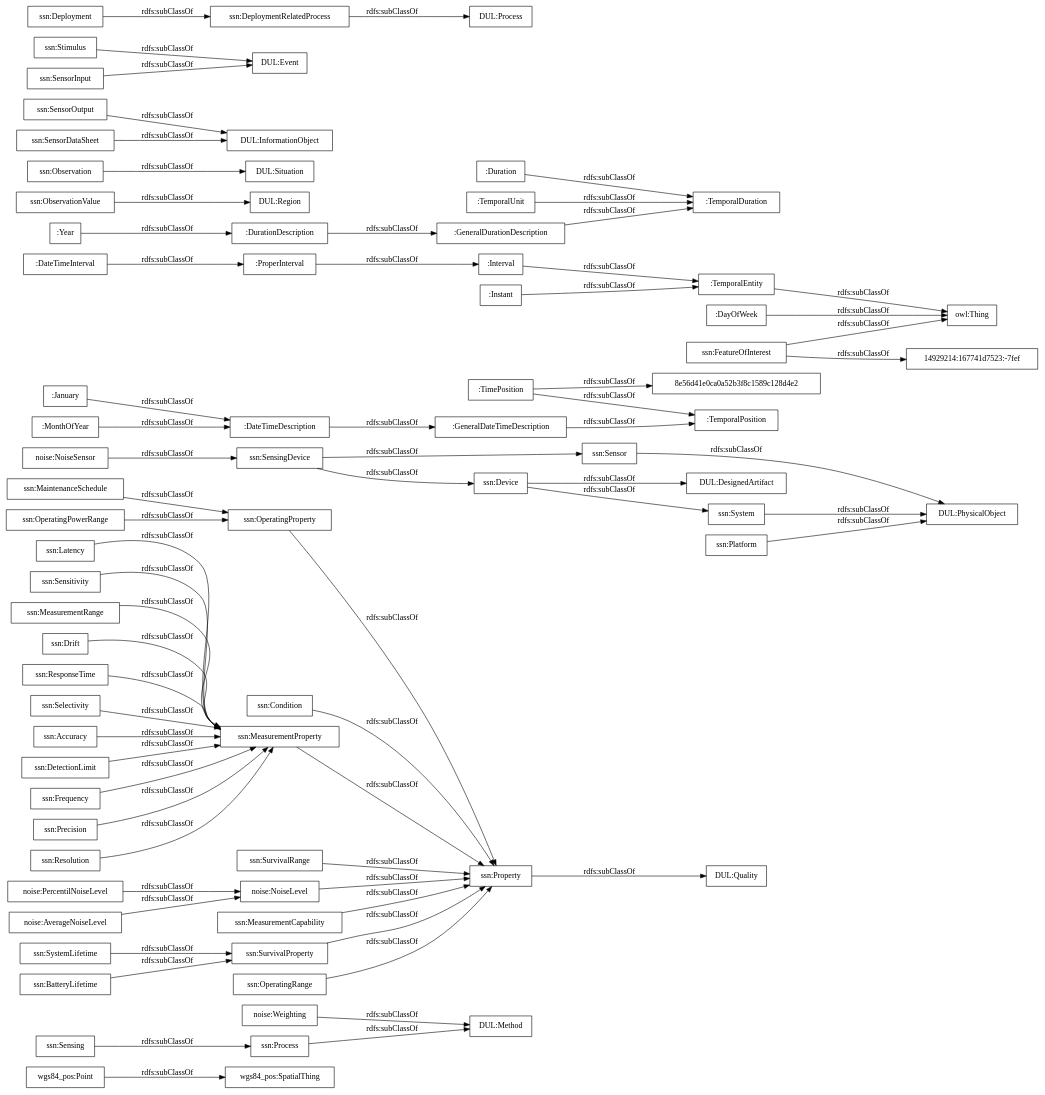
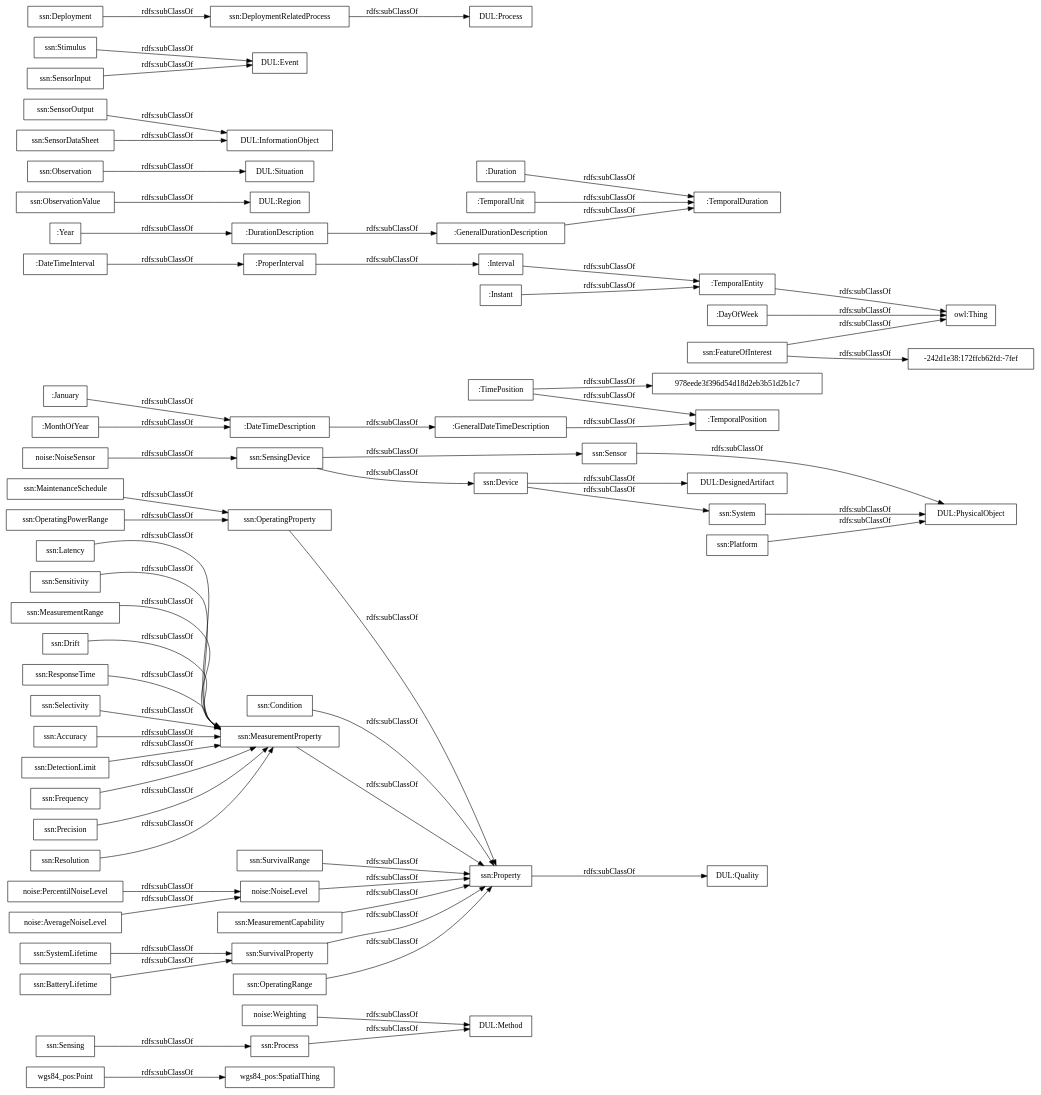
The diagram in OnToology/contaminacion-acustica.owl/diagrams/ar2dtool-taxonomy/contaminacion-acustica.owl.png.dot (opencitydata/vocab-medio-ambiente-contaminacion-acustica), drawn with Graphviz before and after one commit. The commit also changed 33 other files, not shown here.

```diff
--- a/OnToology/contaminacion-acustica.owl/diagrams/ar2dtool-taxonomy/contaminacion-acustica.owl.png.dot
+++ b/OnToology/contaminacion-acustica.owl/diagrams/ar2dtool-taxonomy/contaminacion-acustica.owl.png.dot
@@ -1,71 +1,71 @@
 digraph ar2dtool_diagram { 
 rankdir=LR;
 size="1000"
-node [shape = rectangle, color="black"]; "wgs84_pos:SpatialThing" "wgs84_pos:Point" "noise:Weighting" "noise:PercentilNoiseLevel" "noise:NoiseSensor" "noise:NoiseLevel" "noise:AverageNoiseLevel" ":GeneralDateTimeDescription" ":DateTimeInterval" ":DurationDescription" ":TemporalDuration" ":Duration" ":GeneralDurationDescription" ":January" ":ProperInterval" ":TimePosition" ":TemporalPosition" ":Interval" ":TemporalEntity" ":Year" "8e56d41e0ca0a52b3f8c1589c128d4e2" ":MonthOfYear" ":DateTimeDescription" ":TemporalUnit" ":Instant" ":DayOfWeek" "ssn:Accuracy" "ssn:DetectionLimit" "ssn:Frequency" "ssn:Condition" "DUL:Region" "DUL:Situation" "DUL:PhysicalObject" "ssn:SensorOutput" "ssn:Precision" "ssn:Resolution" "DUL:Quality" "ssn:FeatureOfInterest" "ssn:Sensor" "DUL:InformationObject" "ssn:OperatingProperty" "DUL:Event" "ssn:OperatingPowerRange" "DUL:Method" "ssn:MaintenanceSchedule" "ssn:Sensing" "ssn:Latency" "ssn:SurvivalRange" "ssn:SensingDevice" "DUL:DesignedArtifact" "ssn:Sensitivity" "ssn:Stimulus" "DUL:Process" "ssn:MeasurementRange" "ssn:System" "ssn:SystemLifetime" "ssn:Property" "ssn:MeasurementProperty" "ssn:Process" "ssn:Deployment" "ssn:MeasurementCapability" "ssn:BatteryLifetime" "ssn:Drift" "ssn:DeploymentRelatedProcess" "ssn:SensorInput" "ssn:ResponseTime" "ssn:ObservationValue" "14929214:167741d7523:-7fef" "ssn:SensorDataSheet" "ssn:Observation" "ssn:Selectivity" "ssn:SurvivalProperty" "ssn:Device" "ssn:OperatingRange" "ssn:Platform" ; /*classes style*/
+node [shape = rectangle, color="black"]; "wgs84_pos:SpatialThing" "wgs84_pos:Point" "noise:Weighting" "noise:PercentilNoiseLevel" "noise:NoiseSensor" "noise:NoiseLevel" "noise:AverageNoiseLevel" ":GeneralDateTimeDescription" ":DateTimeInterval" ":DurationDescription" ":TemporalDuration" ":Duration" ":GeneralDurationDescription" ":January" ":ProperInterval" ":TimePosition" ":TemporalPosition" ":Interval" ":TemporalEntity" ":Year" ":MonthOfYear" ":DateTimeDescription" ":TemporalUnit" ":Instant" "978eede3f396d54d18d2eb3b51d2b1c7" ":DayOfWeek" "ssn:Accuracy" "ssn:DetectionLimit" "ssn:Frequency" "ssn:Condition" "DUL:Region" "DUL:Situation" "DUL:PhysicalObject" "ssn:SensorOutput" "ssn:Precision" "ssn:Resolution" "DUL:Quality" "ssn:FeatureOfInterest" "ssn:Sensor" "DUL:InformationObject" "ssn:OperatingProperty" "DUL:Event" "ssn:OperatingPowerRange" "DUL:Method" "ssn:MaintenanceSchedule" "ssn:Sensing" "ssn:Latency" "ssn:SurvivalRange" "ssn:SensingDevice" "DUL:DesignedArtifact" "ssn:Sensitivity" "ssn:Stimulus" "DUL:Process" "ssn:MeasurementRange" "ssn:System" "ssn:SystemLifetime" "ssn:Property" "ssn:MeasurementProperty" "ssn:Process" "ssn:Deployment" "ssn:MeasurementCapability" "ssn:BatteryLifetime" "-242d1e38:172ffcb62fd:-7fef" "ssn:Drift" "ssn:DeploymentRelatedProcess" "ssn:SensorInput" "ssn:ResponseTime" "ssn:ObservationValue" "ssn:SensorDataSheet" "ssn:Observation" "ssn:Selectivity" "ssn:SurvivalProperty" "ssn:Device" "ssn:OperatingRange" "ssn:Platform" ; /*classes style*/
 	":DateTimeDescription" -> ":GeneralDateTimeDescription" [ label = "rdfs:subClassOf" ];
 	"noise:AverageNoiseLevel" -> "noise:NoiseLevel" [ label = "rdfs:subClassOf" ];
 	"ssn:Deployment" -> "ssn:DeploymentRelatedProcess" [ label = "rdfs:subClassOf" ];
 	"ssn:SensingDevice" -> "ssn:Sensor" [ label = "rdfs:subClassOf" ];
 	"ssn:SensingDevice" -> "ssn:Device" [ label = "rdfs:subClassOf" ];
 	"ssn:DeploymentRelatedProcess" -> "DUL:Process" [ label = "rdfs:subClassOf" ];
 	"ssn:Accuracy" -> "ssn:MeasurementProperty" [ label = "rdfs:subClassOf" ];
 	":Instant" -> ":TemporalEntity" [ label = "rdfs:subClassOf" ];
 	"ssn:FeatureOfInterest" -> "owl:Thing" [ label = "rdfs:subClassOf" ];
-	"ssn:FeatureOfInterest" -> "14929214:167741d7523:-7fef" [ label = "rdfs:subClassOf" ];
+	"ssn:FeatureOfInterest" -> "-242d1e38:172ffcb62fd:-7fef" [ label = "rdfs:subClassOf" ];
 	"ssn:Latency" -> "ssn:MeasurementProperty" [ label = "rdfs:subClassOf" ];
 	"ssn:Process" -> "DUL:Method" [ label = "rdfs:subClassOf" ];
 	"noise:Weighting" -> "DUL:Method" [ label = "rdfs:subClassOf" ];
 	":ProperInterval" -> ":Interval" [ label = "rdfs:subClassOf" ];
 	"ssn:Property" -> "DUL:Quality" [ label = "rdfs:subClassOf" ];
 	"ssn:MeasurementProperty" -> "ssn:Property" [ label = "rdfs:subClassOf" ];
 	"wgs84_pos:Point" -> "wgs84_pos:SpatialThing" [ label = "rdfs:subClassOf" ];
 	":MonthOfYear" -> ":DateTimeDescription" [ label = "rdfs:subClassOf" ];
 	"ssn:ResponseTime" -> "ssn:MeasurementProperty" [ label = "rdfs:subClassOf" ];
 	"ssn:OperatingRange" -> "ssn:Property" [ label = "rdfs:subClassOf" ];
 	"noise:NoiseLevel" -> "ssn:Property" [ label = "rdfs:subClassOf" ];
 	"ssn:MeasurementRange" -> "ssn:MeasurementProperty" [ label = "rdfs:subClassOf" ];
 	"ssn:Stimulus" -> "DUL:Event" [ label = "rdfs:subClassOf" ];
 	":Duration" -> ":TemporalDuration" [ label = "rdfs:subClassOf" ];
 	"ssn:SurvivalProperty" -> "ssn:Property" [ label = "rdfs:subClassOf" ];
 	"ssn:MaintenanceSchedule" -> "ssn:OperatingProperty" [ label = "rdfs:subClassOf" ];
 	"ssn:SensorInput" -> "DUL:Event" [ label = "rdfs:subClassOf" ];
-	":TimePosition" -> "8e56d41e0ca0a52b3f8c1589c128d4e2" [ label = "rdfs:subClassOf" ];
+	":TimePosition" -> "978eede3f396d54d18d2eb3b51d2b1c7" [ label = "rdfs:subClassOf" ];
 	":TimePosition" -> ":TemporalPosition" [ label = "rdfs:subClassOf" ];
 	":TemporalEntity" -> "owl:Thing" [ label = "rdfs:subClassOf" ];
 	"ssn:Sensitivity" -> "ssn:MeasurementProperty" [ label = "rdfs:subClassOf" ];
 	"ssn:Drift" -> "ssn:MeasurementProperty" [ label = "rdfs:subClassOf" ];
 	"ssn:System" -> "DUL:PhysicalObject" [ label = "rdfs:subClassOf" ];
 	":GeneralDurationDescription" -> ":TemporalDuration" [ label = "rdfs:subClassOf" ];
 	"ssn:Resolution" -> "ssn:MeasurementProperty" [ label = "rdfs:subClassOf" ];
 	"ssn:Precision" -> "ssn:MeasurementProperty" [ label = "rdfs:subClassOf" ];
 	"noise:PercentilNoiseLevel" -> "noise:NoiseLevel" [ label = "rdfs:subClassOf" ];
 	"ssn:DetectionLimit" -> "ssn:MeasurementProperty" [ label = "rdfs:subClassOf" ];
 	":DateTimeInterval" -> ":ProperInterval" [ label = "rdfs:subClassOf" ];
 	"ssn:Sensor" -> "DUL:PhysicalObject" [ label = "rdfs:subClassOf" ];
 	"ssn:SensorDataSheet" -> "DUL:InformationObject" [ label = "rdfs:subClassOf" ];
 	"ssn:OperatingPowerRange" -> "ssn:OperatingProperty" [ label = "rdfs:subClassOf" ];
 	"noise:NoiseSensor" -> "ssn:SensingDevice" [ label = "rdfs:subClassOf" ];
 	":Interval" -> ":TemporalEntity" [ label = "rdfs:subClassOf" ];
 	":GeneralDateTimeDescription" -> ":TemporalPosition" [ label = "rdfs:subClassOf" ];
 	":January" -> ":DateTimeDescription" [ label = "rdfs:subClassOf" ];
 	"ssn:ObservationValue" -> "DUL:Region" [ label = "rdfs:subClassOf" ];
 	":DayOfWeek" -> "owl:Thing" [ label = "rdfs:subClassOf" ];
 	"ssn:Device" -> "DUL:DesignedArtifact" [ label = "rdfs:subClassOf" ];
 	"ssn:Device" -> "ssn:System" [ label = "rdfs:subClassOf" ];
 	"ssn:Platform" -> "DUL:PhysicalObject" [ label = "rdfs:subClassOf" ];
 	":Year" -> ":DurationDescription" [ label = "rdfs:subClassOf" ];
 	":DurationDescription" -> ":GeneralDurationDescription" [ label = "rdfs:subClassOf" ];
 	"ssn:OperatingProperty" -> "ssn:Property" [ label = "rdfs:subClassOf" ];
 	"ssn:Selectivity" -> "ssn:MeasurementProperty" [ label = "rdfs:subClassOf" ];
 	"ssn:BatteryLifetime" -> "ssn:SurvivalProperty" [ label = "rdfs:subClassOf" ];
 	":TemporalUnit" -> ":TemporalDuration" [ label = "rdfs:subClassOf" ];
 	"ssn:Observation" -> "DUL:Situation" [ label = "rdfs:subClassOf" ];
 	"ssn:Sensing" -> "ssn:Process" [ label = "rdfs:subClassOf" ];
 	"ssn:SystemLifetime" -> "ssn:SurvivalProperty" [ label = "rdfs:subClassOf" ];
 	"ssn:SurvivalRange" -> "ssn:Property" [ label = "rdfs:subClassOf" ];
 	"ssn:Frequency" -> "ssn:MeasurementProperty" [ label = "rdfs:subClassOf" ];
 	"ssn:SensorOutput" -> "DUL:InformationObject" [ label = "rdfs:subClassOf" ];
 	"ssn:Condition" -> "ssn:Property" [ label = "rdfs:subClassOf" ];
 	"ssn:MeasurementCapability" -> "ssn:Property" [ label = "rdfs:subClassOf" ];
 
 }
```
